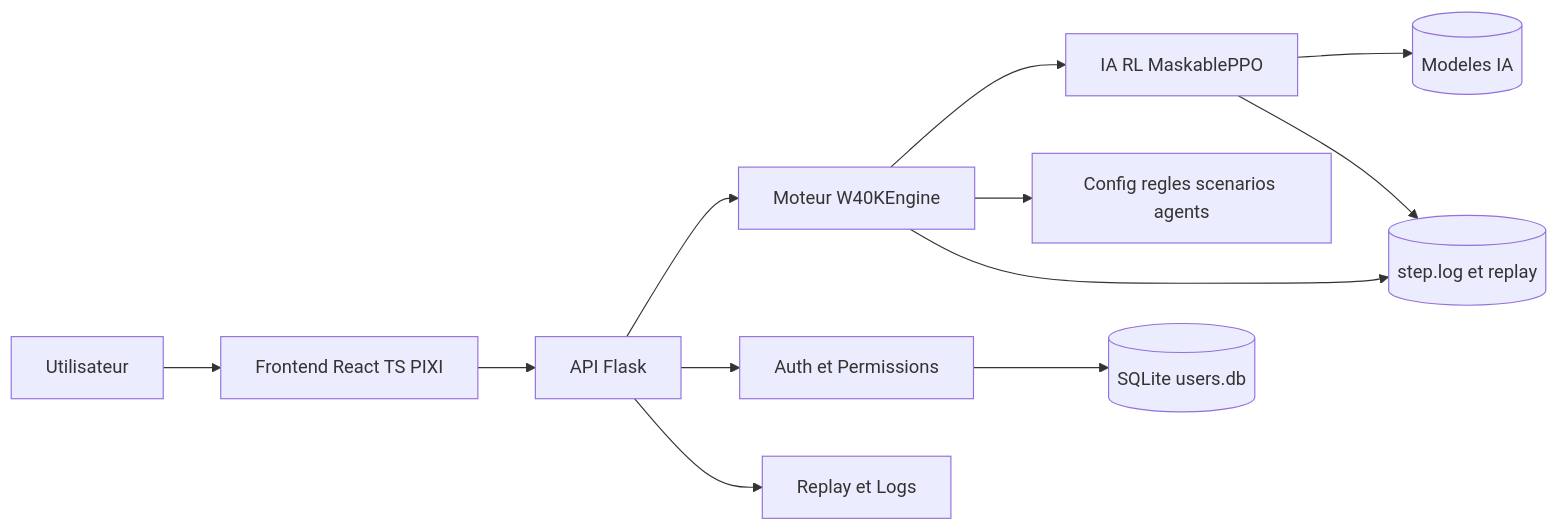
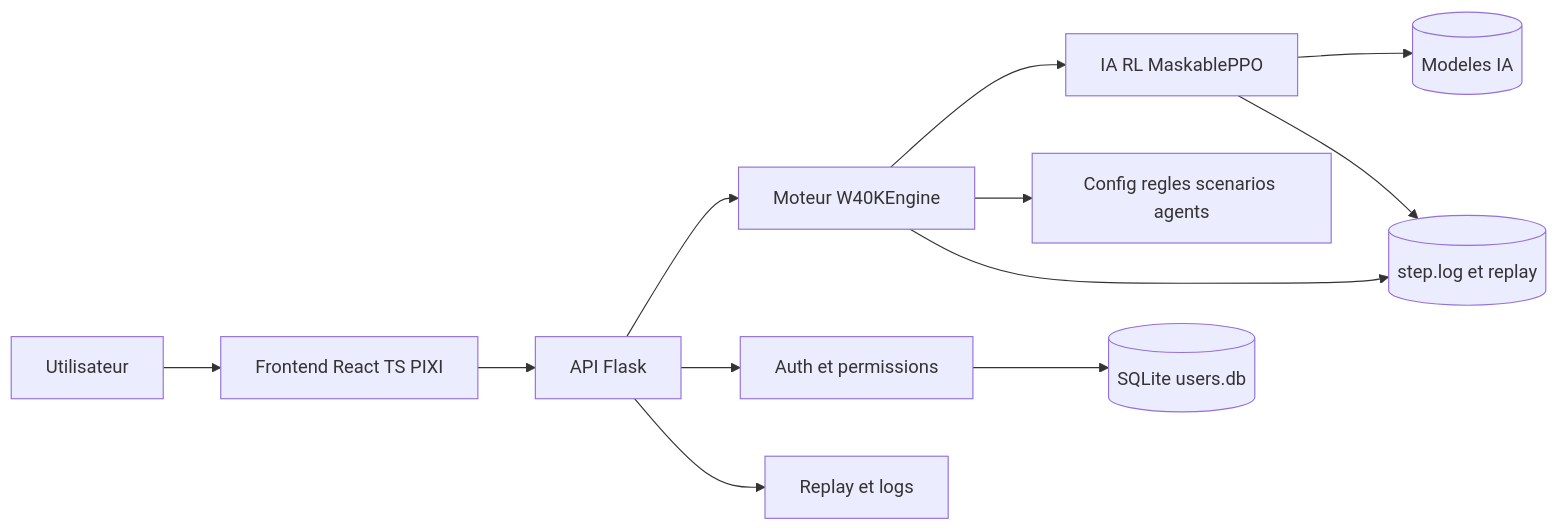
One commit to GregSQT/40k changed the first of 2 diagrams in README.md. Above: the diagram before and after it, drawn with Mermaid. The commit also changed other lines of this file, not shown here.

````diff
--- a/README.md
+++ b/README.md
@@ -28,16 +46,16 @@
 ```mermaid
 flowchart LR
     U["Utilisateur"] --> FE["Frontend React TS PIXI"]
     FE --> API["API Flask"]
     API --> ENG["Moteur W40KEngine"]
     ENG --> AI["IA RL MaskablePPO"]
 
-    API --> AUTH["Auth et Permissions"]
-    API --> REPLAY["Replay et Logs"]
+    API --> AUTH["Auth et permissions"]
+    API --> REPLAY["Replay et logs"]
 
     AUTH --> DB[("SQLite users.db")]
     ENG --> CFG["Config regles scenarios agents"]
     AI --> MODELS[("Modeles IA")]
     ENG --> LOGS[("step.log et replay")]
     AI --> LOGS
 ```
````
